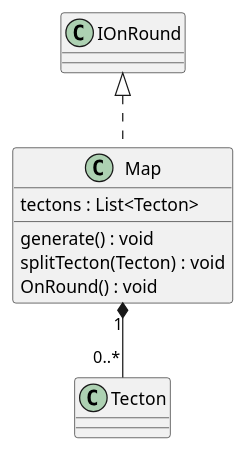
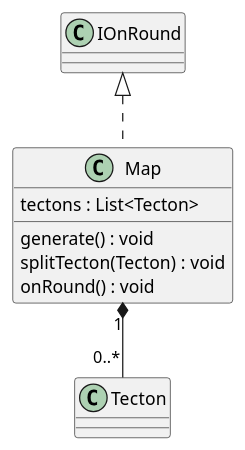
One commit to Petya-G/fungorium changed the diagram in 3/classes/map.puml. Above: the diagram before and after it, drawn with PlantUML. The commit also changed 6 other files, not shown here.

```diff
--- a/3/classes/map.puml
+++ b/3/classes/map.puml
@@ -1,11 +1,11 @@
 @startuml map
 'IOnTurn <|.. Map 
 IOnRound <|.. Map
 Map "1" *-- "0..*" Tecton
 class Map{
     tectons : List<Tecton>
     generate() : void
     splitTecton(Tecton) : void
-    OnRound() : void
+    onRound() : void
 }
 @enduml
```
